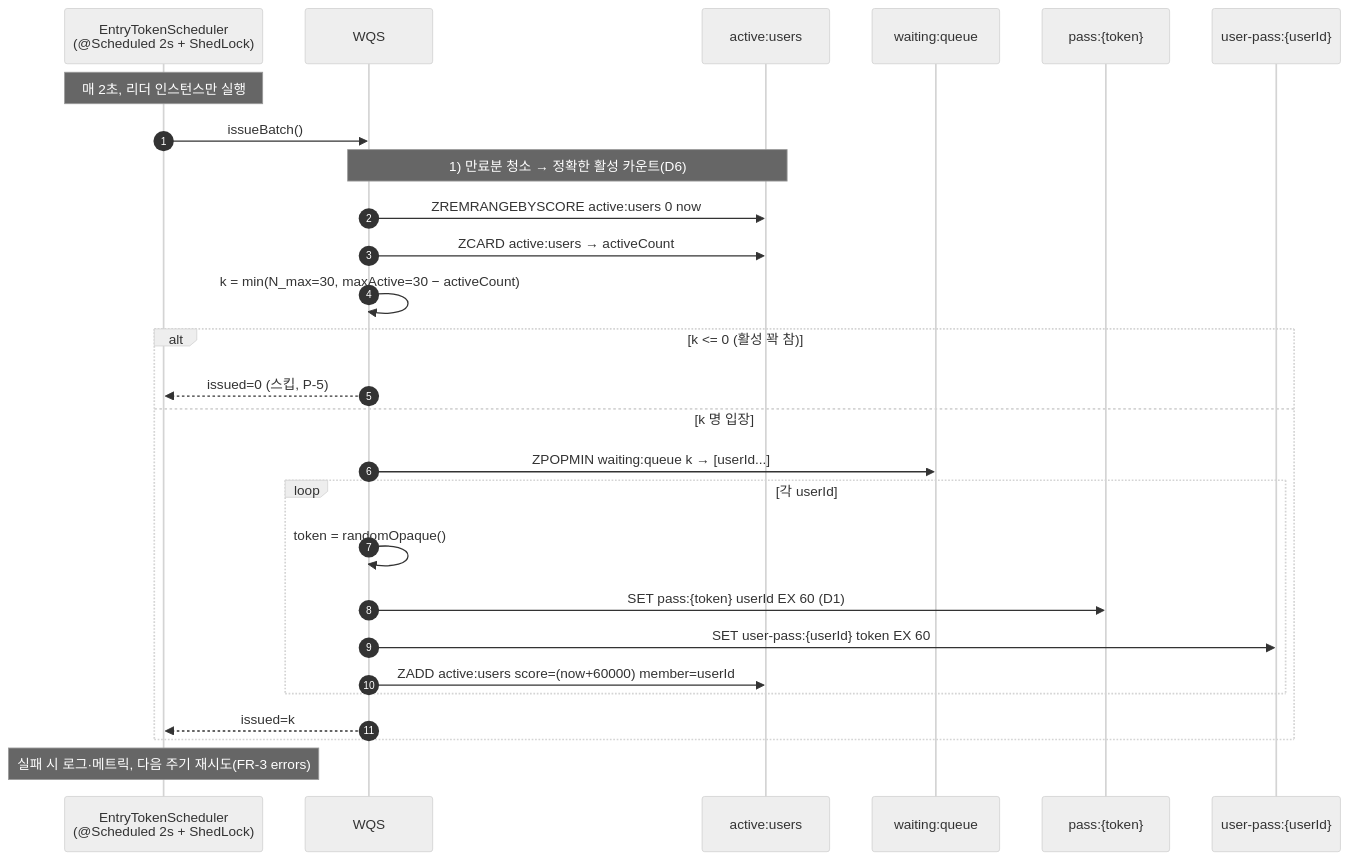
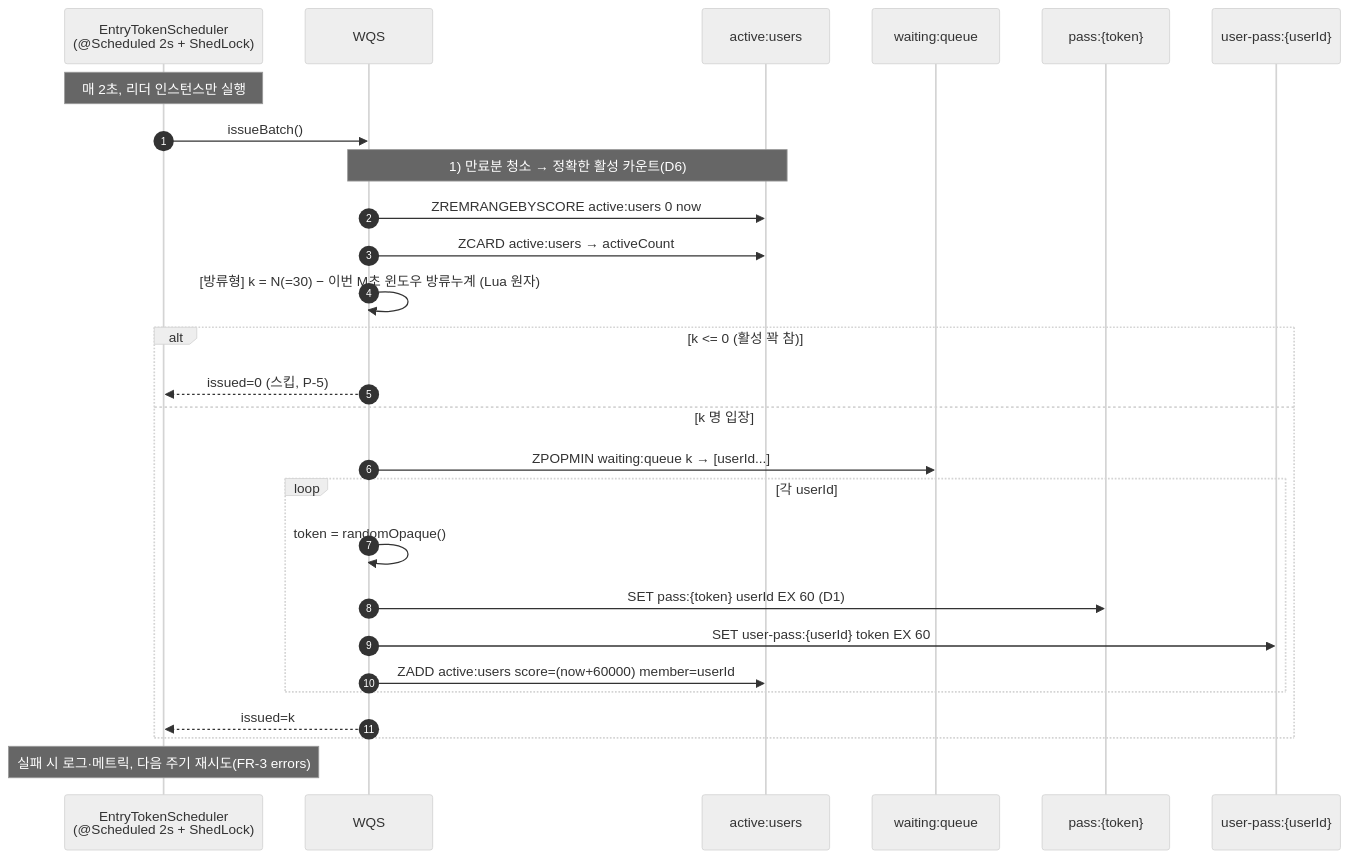
The third of 7 diagrams in docs/week8/02-sequence-diagrams.md (gamewithfriend/loop-pack-be-l2-vol4-java), drawn with Mermaid (neutral theme) before and after one commit. The commit also changed other lines of this file and 17 other files, not shown here.

````diff
--- a/docs/week8/02-sequence-diagrams.md
+++ b/docs/week8/02-sequence-diagrams.md
@@ -130,30 +132,30 @@
 ```mermaid
 sequenceDiagram
     autonumber
     participant Sched as EntryTokenScheduler<br/>(@Scheduled 2s + ShedLock)
     participant WQS
     participant ACT as active:users
     participant WQ as waiting:queue
     participant PASS as pass:{token}
     participant UPASS as user-pass:{userId}
 
     Note over Sched: 매 2초, 리더 인스턴스만 실행
     Sched->>WQS: issueBatch()
     Note over WQS,ACT: 1) 만료분 청소 → 정확한 활성 카운트(D6)
     WQS->>ACT: ZREMRANGEBYSCORE active:users 0 now
     WQS->>ACT: ZCARD active:users  → activeCount
-    WQS->>WQS: k = min(N_max=30, maxActive=30 − activeCount)
+    WQS->>WQS: [방류형] k = N(=30) − 이번 M초 윈도우 방류누계 (Lua 원자)
     alt k <= 0 (활성 꽉 참)
         WQS-->>Sched: issued=0 (스킵, P-5)
     else k 명 입장
         WQS->>WQ: ZPOPMIN waiting:queue k  → [userId...]
         loop 각 userId
             WQS->>WQS: token = randomOpaque()
             WQS->>PASS: SET pass:{token} userId EX 60   (D1)
             WQS->>UPASS: SET user-pass:{userId} token EX 60
             WQS->>ACT: ZADD active:users score=(now+60000) member=userId
         end
         WQS-->>Sched: issued=k
     end
     Note over Sched: 실패 시 로그·메트릭, 다음 주기 재시도(FR-3 errors)
 ```
````
